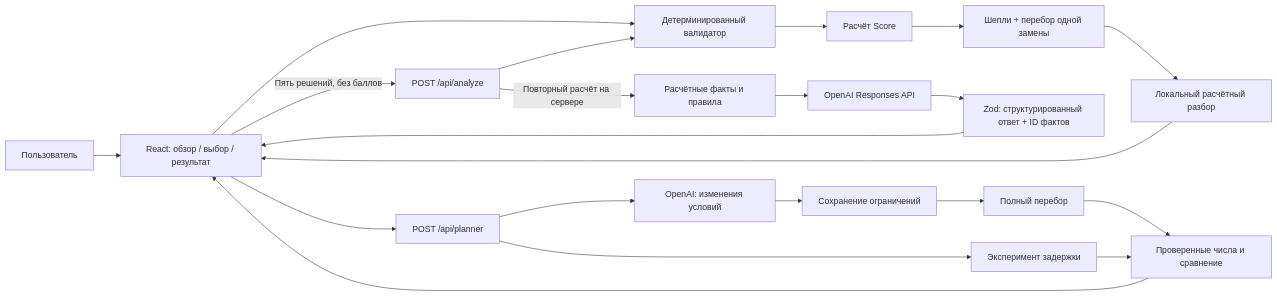
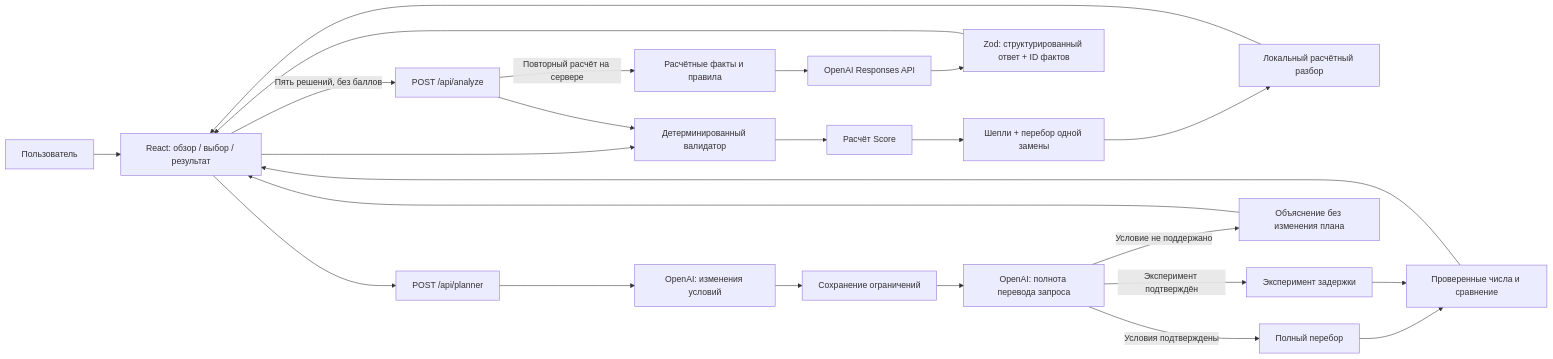
One commit to BAITC-Hacks/hack-46aa131a-chrollo changed the diagram in docs/ARCHITECTURE.md. Above: the diagram before and after it, drawn with Mermaid. The commit also changed other lines of this file and 12 other files, not shown here.

````diff
--- a/docs/ARCHITECTURE.md
+++ b/docs/ARCHITECTURE.md
@@ -3,23 +3,26 @@
 ```mermaid
 flowchart LR
   User[Пользователь] --> UI[React: обзор / выбор / результат]
   UI --> Rules[Детерминированный валидатор]
   Rules --> Engine[Расчёт Score]
   Engine --> Explain[Шепли + перебор одной замены]
   Explain --> Local[Локальный расчётный разбор]
   UI -->|Пять решений, без баллов| API[POST /api/analyze]
   API --> Rules
   API -->|Повторный расчёт на сервере| Facts[Расчётные факты и правила]
   Facts --> OpenAI[OpenAI Responses API]
   OpenAI --> Schema[Zod: структурированный ответ + ID фактов]
   Schema --> UI
   Local --> UI
   UI --> Chat[POST /api/planner]
   Chat --> Intent[OpenAI: изменения условий]
   Intent --> Conditions[Сохранение ограничений]
-  Conditions --> Search[Полный перебор]
+  Conditions --> Coverage[OpenAI: полнота перевода запроса]
+  Coverage -->|Условия подтверждены| Search[Полный перебор]
+  Coverage -->|Условие не поддержано| Clarify[Объяснение без изменения плана]
+  Clarify --> UI
   Search --> Checked[Проверенные числа и сравнение]
   Checked --> UI
-  Chat --> Delay[Эксперимент задержки]
+  Coverage -->|Эксперимент подтверждён| Delay[Эксперимент задержки]
   Delay --> Checked
 ```
````
